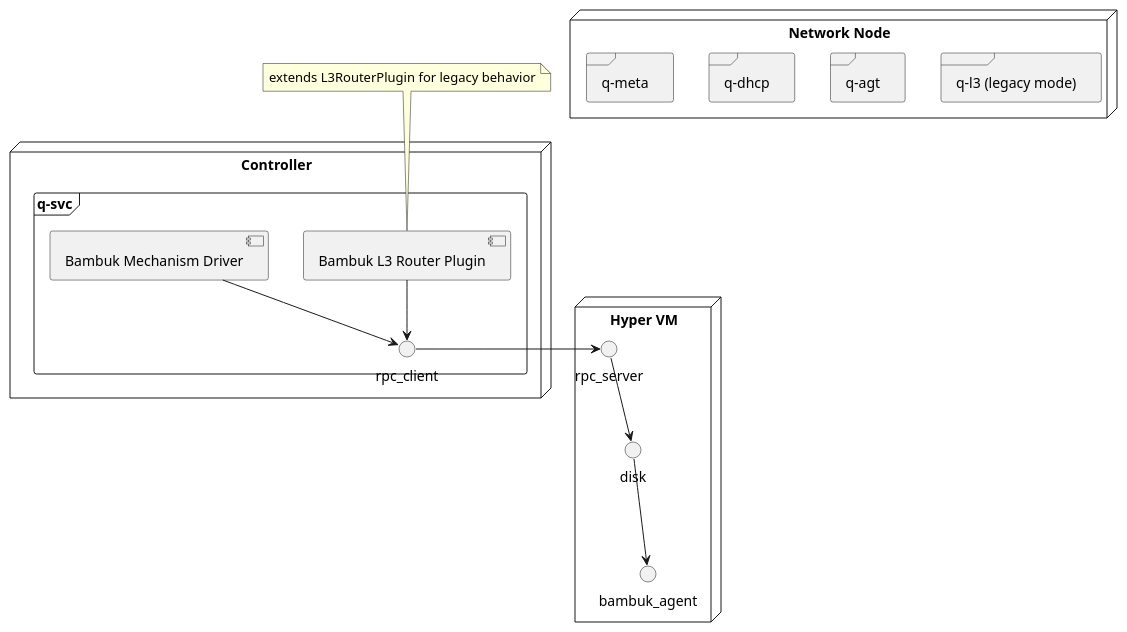
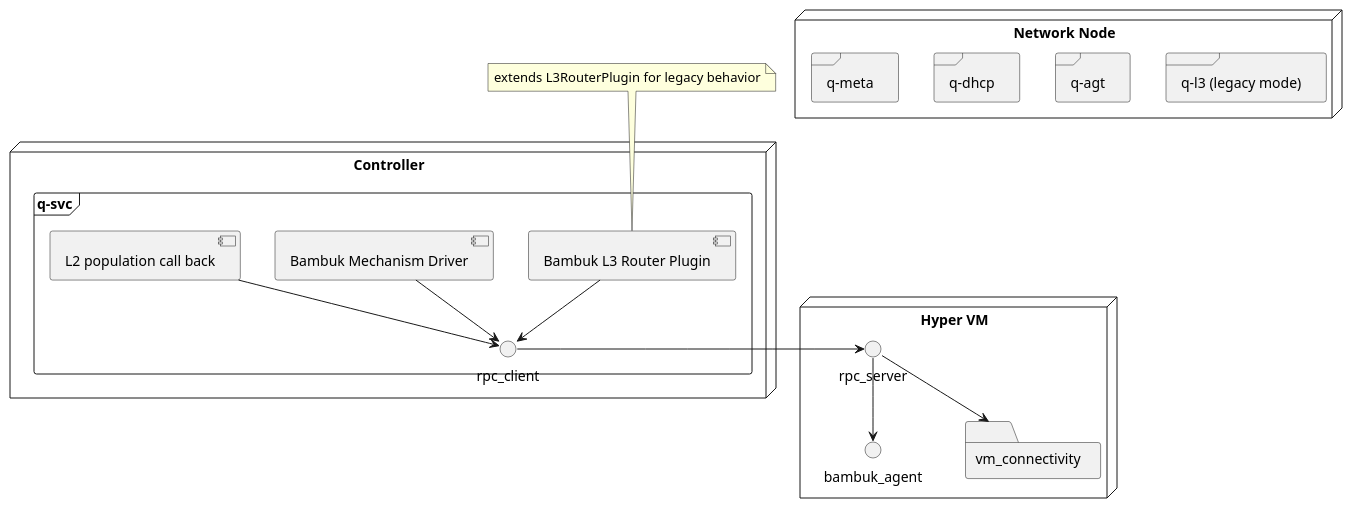
One commit to lionelz/networking-bambuk changed the diagram in doc/source/components.puml. Above: the diagram before and after it, drawn with PlantUML. The commit also changed 9 other files, not shown here.

```diff
--- a/doc/source/components.puml
+++ b/doc/source/components.puml
@@ -1,34 +1,36 @@
 @startuml
 skinparam componentStyle uml2
 
 node "Controller" {
     frame "q-svc" {
         interface rpc_client
         [Bambuk L3 Router Plugin] --> rpc_client
         [Bambuk Mechanism Driver] --> rpc_client
+        [L2 population call back] --> rpc_client
     }
 }
 
 node "Network Node" {
     frame "q-l3 (legacy mode)" {
     }
     frame "q-agt" {
     }
     frame "q-dhcp" {
     }
     frame "q-meta" {
     }
 }
 
 node "Hyper VM" {
     interface rpc_server
     interface bambuk_agent
-    rpc_server --> disk
-    disk --> bambuk_agent
+    folder vm_connectivity
+    rpc_server --> vm_connectivity
+    rpc_server --> bambuk_agent
 }
 
 rpc_client -> rpc_server
 
 note top of [Bambuk L3 Router Plugin] : extends L3RouterPlugin for legacy behavior
 
 @enduml
```
